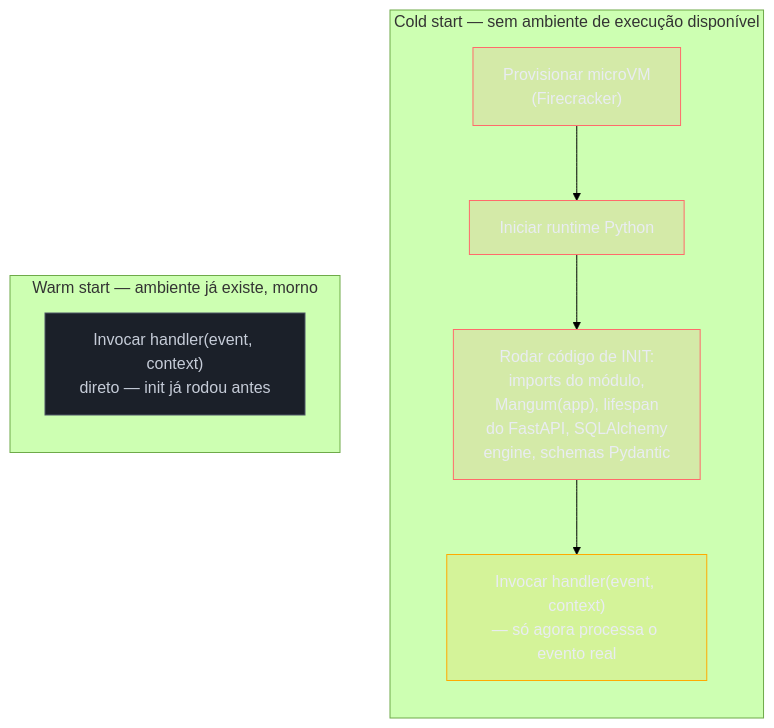
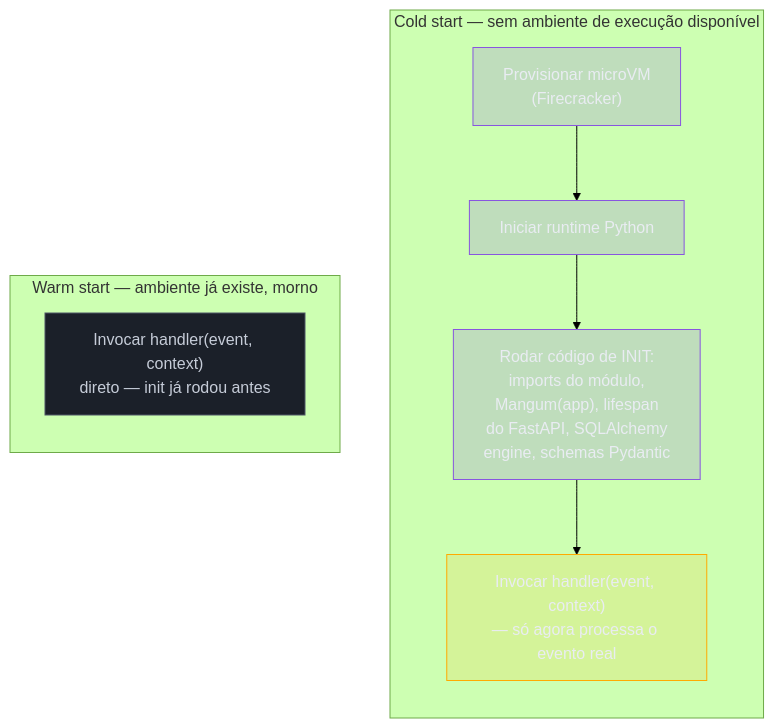
Before and after one commit to josenaldo/codex-technomanticus: the second of 2 diagrams in 03-Dominios/Tecnologia/Python/Cloud-native e produção/06 - Serverless com AWS Lambda — Mangum e cold start.md, drawn with Mermaid (forest theme). The commit also changed 601 other files, not shown here.

````diff
--- a/03-Dominios/Tecnologia/Python/Cloud-native e produção/06 - Serverless com AWS Lambda — Mangum e cold start.md
+++ b/03-Dominios/Tecnologia/Python/Cloud-native e produção/06 - Serverless com AWS Lambda — Mangum e cold start.md
@@ -134,25 +134,25 @@
 ```mermaid
 flowchart TB
-    classDef falha fill:#FF6B6B24,stroke:#FF6B6B,color:#E9ECF2
+    classDef marca fill:#8855DF33,stroke:#8855DF,color:#E9ECF2
     classDef destaque fill:#FFAA0024,stroke:#FFAA00,color:#E9ECF2
     classDef neutro fill:#1B2029,stroke:#4E5666,color:#C6CCD8
     subgraph COLD["Cold start — sem ambiente de execução disponível"]
         direction TB
         C1["Provisionar microVM\n(Firecracker)"]
         C2["Iniciar runtime Python"]
         C3["Rodar código de INIT:\nimports do módulo,\nMangum(app), lifespan\ndo FastAPI, SQLAlchemy\nengine, schemas Pydantic"]
         C4["Invocar handler(event, context)\n— só agora processa o evento real"]
         C1 --> C2 --> C3 --> C4
     end
 
     subgraph WARM["Warm start — ambiente já existe, morno"]
         direction TB
         W1["Invocar handler(event, context)\ndireto — init já rodou antes"]
     end
 
-    class C1 falha
-    class C2 falha
-    class C3 falha
+    class C1 marca
+    class C2 marca
+    class C3 marca
     class C4 destaque
     class W1 neutro
 ```
````
